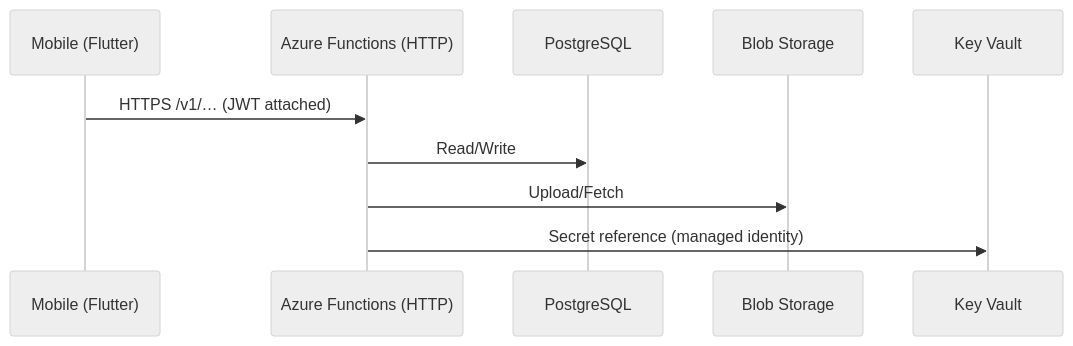
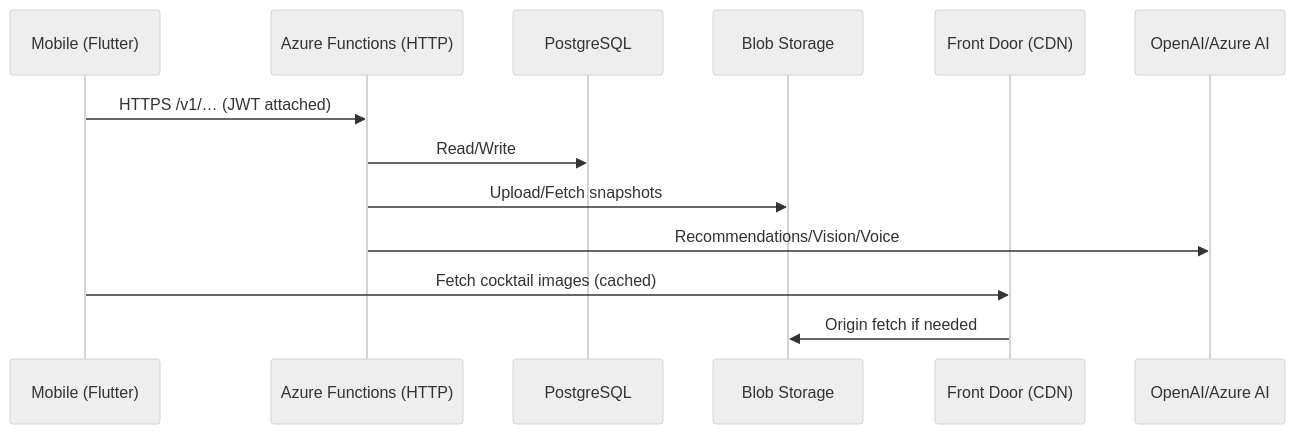
Before and after one commit to gwhitley1969/mybartenderAI-MVP: the first of 2 diagrams in docs/ARCHITECTURE.md, drawn with Mermaid (neutral theme). The commit also changed other lines of this file and 8 other files, not shown here.

````diff
--- a/docs/ARCHITECTURE.md
+++ b/docs/ARCHITECTURE.md
@@ -11,13 +24,16 @@
 ```mermaid
 sequenceDiagram
   participant M as Mobile (Flutter)
   participant F as Azure Functions (HTTP)
   participant DB as PostgreSQL
   participant B as Blob Storage
-  participant KV as Key Vault
+  participant FD as Front Door (CDN)
+  participant AI as OpenAI/Azure AI
 
   M->>F: HTTPS /v1/… (JWT attached)
   F->>DB: Read/Write
-  F->>B: Upload/Fetch
-  F->>KV: Secret reference (managed identity)
+  F->>B: Upload/Fetch snapshots
+  F->>AI: Recommendations/Vision/Voice
+  M->>FD: Fetch cocktail images (cached)
+  FD->>B: Origin fetch if needed
 ```
````
